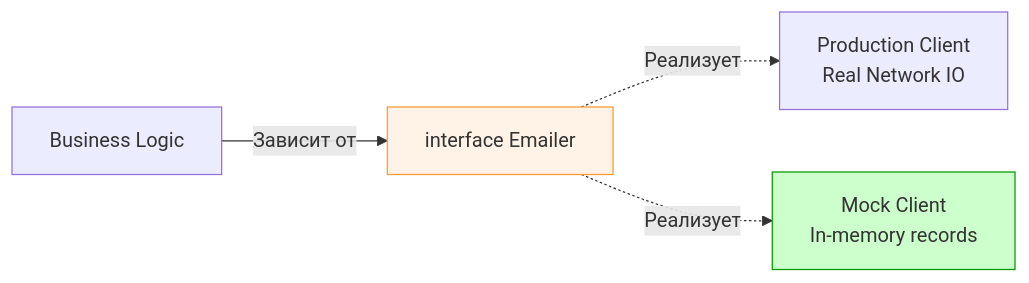
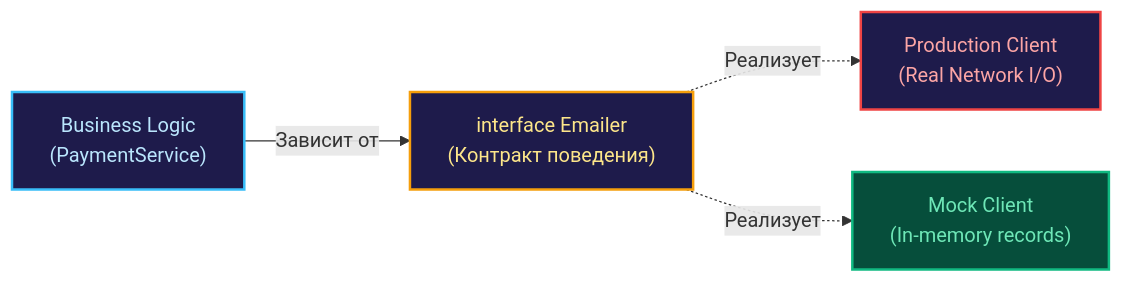
Before and after one commit to UnrealTemplier/go-textbook: the diagram in sources/15. Тестирование в Go (QA & Testing)/04. Моки/1. Mocking. Основы.md, drawn with Mermaid. The commit also changed other lines of this file, not shown here.

````diff
--- a/sources/15. Тестирование в Go (QA & Testing)/04. Моки/1. Mocking. Основы.md
+++ b/sources/15. Тестирование в Go (QA & Testing)/04. Моки/1. Mocking. Основы.md
@@ -27,9 +40,11 @@
 ```mermaid
 flowchart LR
-    Service["Business Logic"] -->|Зависит от| Interface["interface Emailer"]
-    Interface -.->|Реализует| RealClient["Production Client<br>Real Network IO"]
-    Interface -.->|Реализует| MockClient["Mock Client<br>In-memory records"]
+    Service["Business Logic<br/>(PaymentService)"] -->|Зависит от| Interface["interface Emailer<br/>(Контракт поведения)"]
+    Interface -.->|Реализует| RealClient["Production Client<br/>(Real Network I/O)"]
+    Interface -.->|Реализует| MockClient["Mock Client<br/>(In-memory records)"]
     
-    style Interface fill:#fff2e6,stroke:#ff9933
-    style MockClient fill:#ccffcc,stroke:#009900
+    style Service fill:#1e1b4b,stroke:#38bdf8,stroke-width:2px,color:#bae6fd
+    style Interface fill:#1e1b4b,stroke:#f59e0b,stroke-width:2px,color:#fde68a
+    style RealClient fill:#1e1b4b,stroke:#ef4444,stroke-width:2px,color:#fca5a5
+    style MockClient fill:#064e3b,stroke:#10b981,stroke-width:2px,color:#6ee7b7
 ```
````
